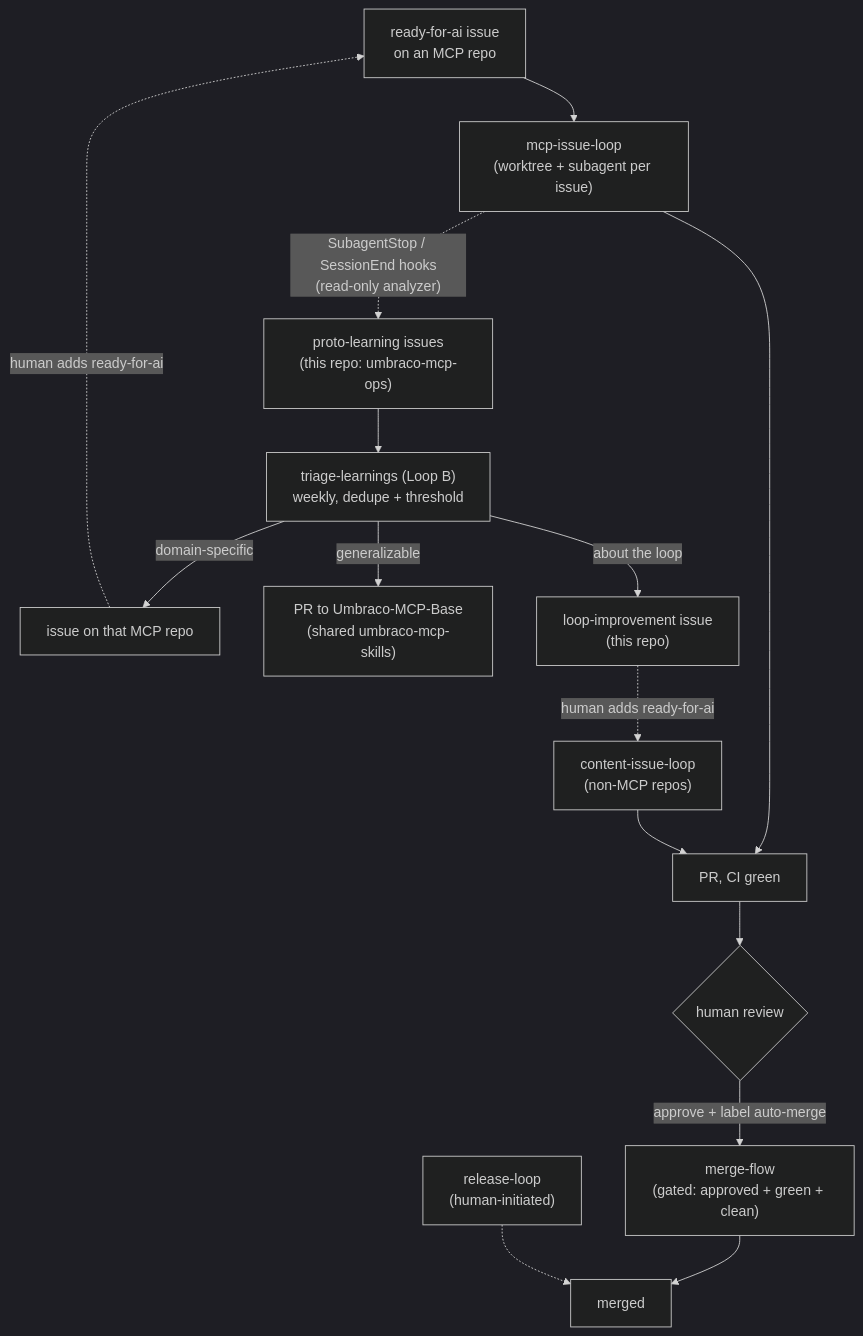
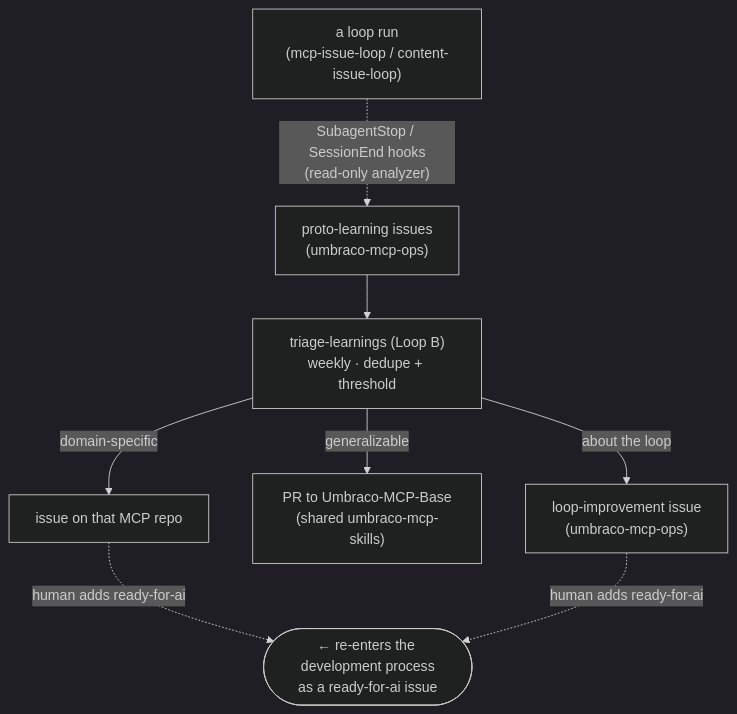
The second of 3 diagrams in docs/self-learning-system.md (hifi-phil/umbraco-mcp-ops), drawn with Mermaid (dark theme) before and after one commit. The commit also changed other lines of this file, not shown here.

First line of the commit message:
docs: split the flywheel into two diagrams (dev process + self-learning loop)

````diff
--- a/docs/self-learning-system.md
+++ b/docs/self-learning-system.md
@@ -10,20 +33,10 @@
 ```mermaid
 flowchart TD
-    ISSUE["ready-for-ai issue<br/>on an MCP repo"] --> LOOP["mcp-issue-loop<br/>(worktree + subagent per issue)"]
-    LOOP --> PR["PR, CI green"]
-    PR --> REVIEW{"human review"}
-    REVIEW -->|approve + label auto-merge| MERGE["merge-flow<br/>(gated: approved + green + clean)"]
-    MERGE --> MAIN["merged"]
-
-    LOOP -. "SubagentStop / SessionEnd hooks<br/>(read-only analyzer)" .-> PROTO["proto-learning issues<br/>(this repo: umbraco-mcp-ops)"]
-    PROTO --> TRIAGE["triage-learnings (Loop B)<br/>weekly, dedupe + threshold"]
+    LOOP["a loop run<br/>(mcp-issue-loop / content-issue-loop)"] -. "SubagentStop / SessionEnd hooks<br/>(read-only analyzer)" .-> PROTO["proto-learning issues<br/>(umbraco-mcp-ops)"]
+    PROTO --> TRIAGE["triage-learnings (Loop B)<br/>weekly · dedupe + threshold"]
     TRIAGE -->|domain-specific| MREPO["issue on that MCP repo"]
     TRIAGE -->|generalizable| SHARED["PR to Umbraco-MCP-Base<br/>(shared umbraco-mcp-skills)"]
-    TRIAGE -->|about the loop| LOOPIMP["loop-improvement issue<br/>(this repo)"]
-
-    MREPO -. "human adds ready-for-ai" .-> ISSUE
-    LOOPIMP -. "human adds ready-for-ai" .-> CONTENT["content-issue-loop<br/>(non-MCP repos)"]
-    CONTENT --> PR
-
-    RELEASE["release-loop<br/>(human-initiated)"] -.-> MAIN
+    TRIAGE -->|about the loop| LOOPIMP["loop-improvement issue<br/>(umbraco-mcp-ops)"]
+    MREPO -. "human adds ready-for-ai" .-> BACK(["← re-enters the development process<br/>as a ready-for-ai issue"])
+    LOOPIMP -. "human adds ready-for-ai" .-> BACK
 ```
````
